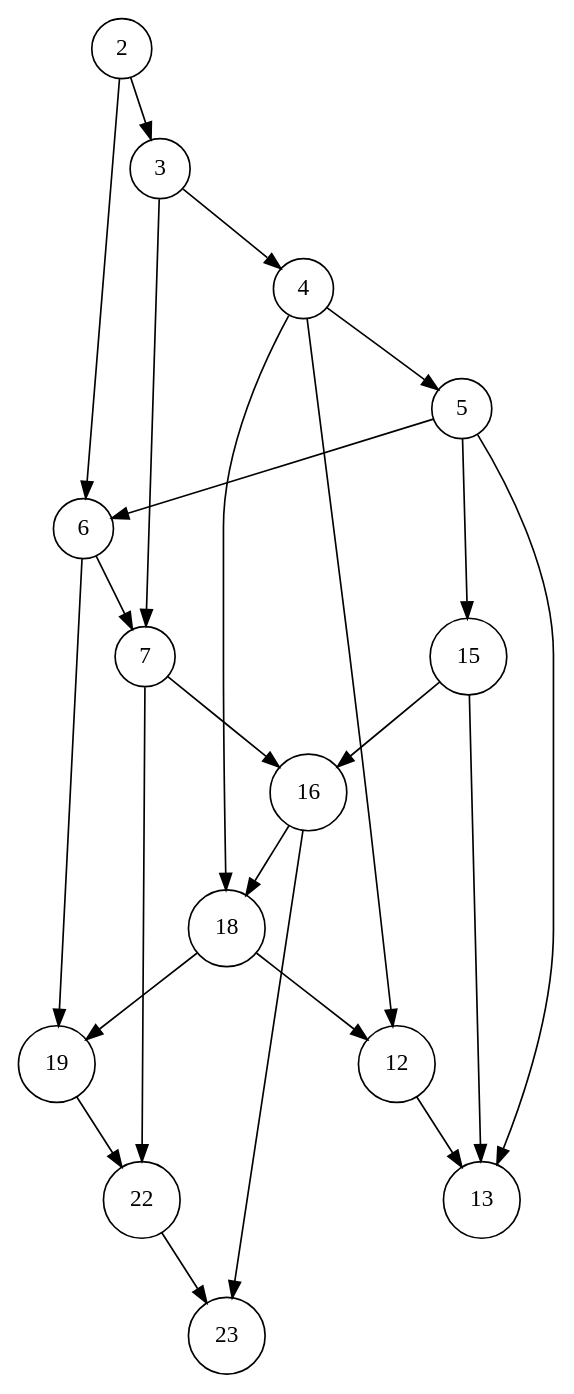
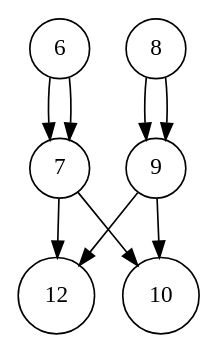
One commit to gintskk/execution-log-parser changed the diagram in execution_5.dot. Above: the diagram before and after it, drawn with Graphviz. The commit also changed 19 other files, not shown here.

```diff
--- a/execution_5.dot
+++ b/execution_5.dot
@@ -1,26 +1,11 @@
 digraph execution {
   node [shape=circle];
-  19 -> 22;
-  22 -> 23;
+  7 -> 12;
+  7 -> 10;
   6 -> 7;
-  6 -> 19;
-  3 -> 4;
-  3 -> 7;
-  2 -> 3;
-  2 -> 6;
-  12 -> 13;
-  7 -> 22;
-  7 -> 16;
-  18 -> 19;
-  18 -> 12;
-  5 -> 6;
-  5 -> 15;
-  5 -> 13;
-  16 -> 18;
-  16 -> 23;
-  4 -> 5;
-  4 -> 18;
-  4 -> 12;
-  15 -> 16;
-  15 -> 13;
+  6 -> 7;
+  9 -> 10;
+  9 -> 12;
+  8 -> 9;
+  8 -> 9;
 }
```
